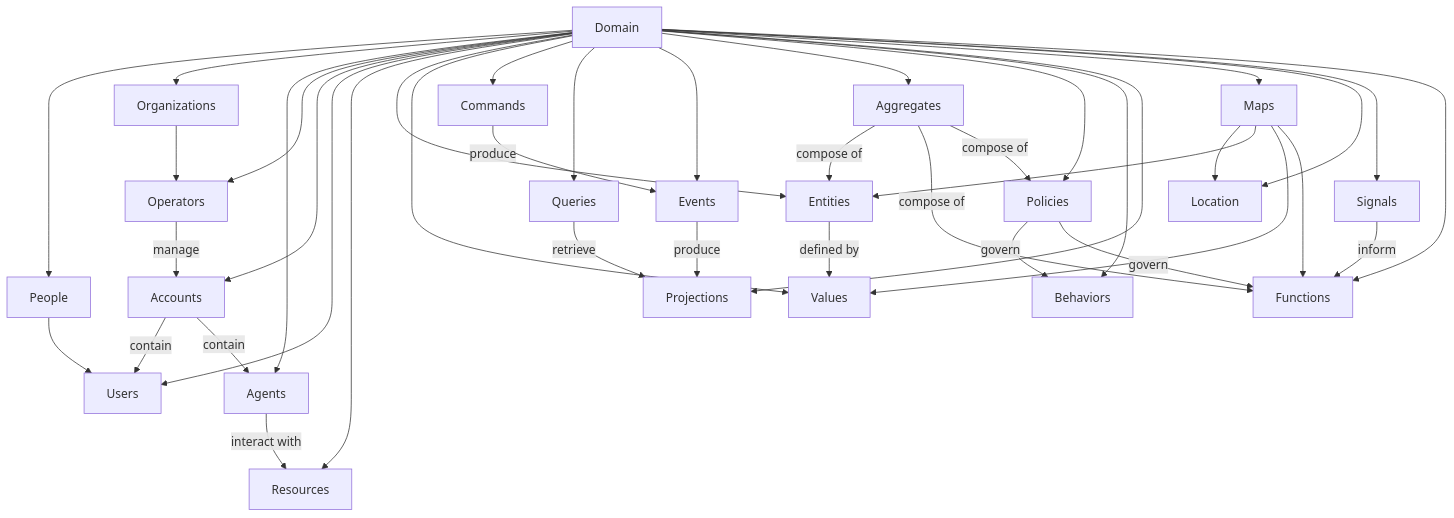
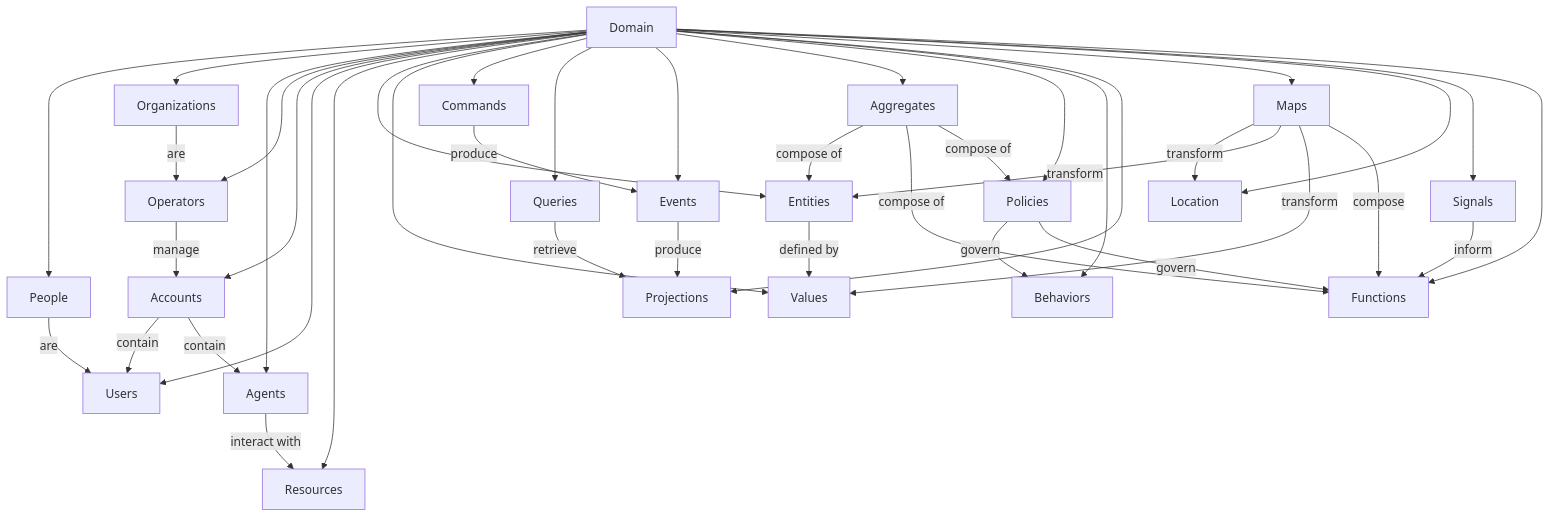
One commit to cowboyai/cim-start changed the first of 2 diagrams in doc/Inventory.md. Above: the diagram before and after it, drawn with Mermaid. The commit also changed other lines of this file and 8 other files, not shown here.

````diff
--- a/doc/Inventory.md
+++ b/doc/Inventory.md
@@ -33,44 +33,44 @@
 ```mermaid
 graph TD
     Domain --> People
     Domain --> Organizations
     Domain --> Agents
     Domain --> Operators
     Domain --> Accounts
     Domain --> Users
     Domain --> Resources
     Domain --> Entities
     Domain --> Values
     Domain --> Commands
     Domain --> Queries
     Domain --> Events
     Domain --> Aggregates
     Domain --> Policies
     Domain --> Behaviors
     Domain --> Projections
     Domain --> Maps
     Domain --> Location
     Domain --> Signals
     Domain --> Functions
 
-    People --> Users
-    Organizations --> Operators
+    People -->|are| Users
+    Organizations -->|are| Operators
     Agents -->|interact with| Resources
     Operators -->|manage| Accounts
     Accounts -->|contain| Users
     Accounts -->|contain| Agents
     Entities -->|defined by| Values
     Commands -->|produce| Events
     Events -->|produce| Projections
     Queries -->|retrieve| Projections
     Aggregates -->|compose of| Entities
     Aggregates -->|compose of| Functions
     Aggregates -->|compose of| Policies
     Policies -->|govern| Behaviors
     Policies -->|govern| Functions
-    Maps --> Location
-    Maps --> Entities
-    Maps --> Values
-    Maps --> Functions
+    Maps -->|transform| Location
+    Maps -->|transform| Entities
+    Maps -->|transform| Values
+    Maps -->|compose| Functions
     Signals -->|inform| Functions
 ```
````
